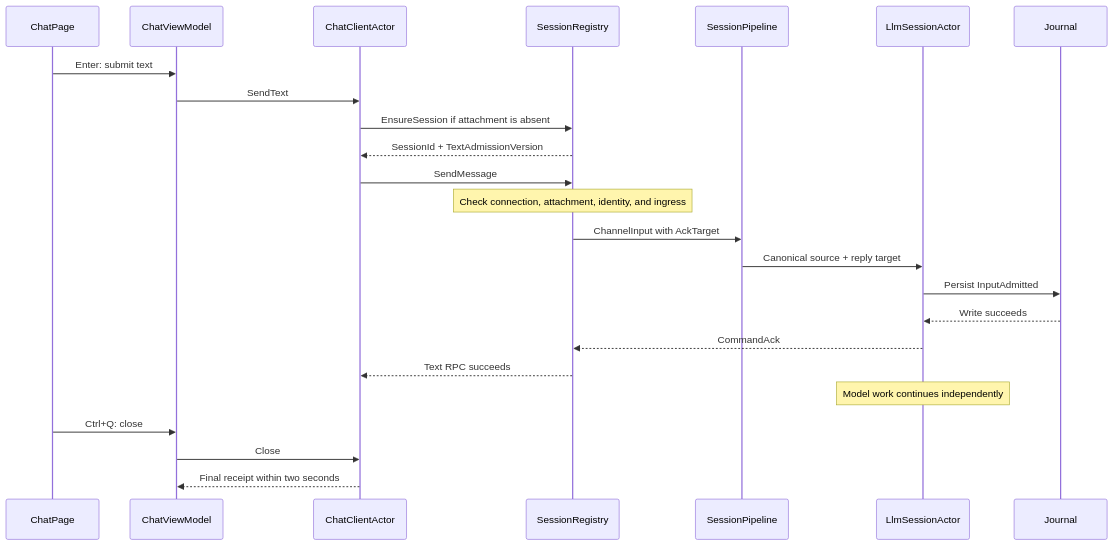
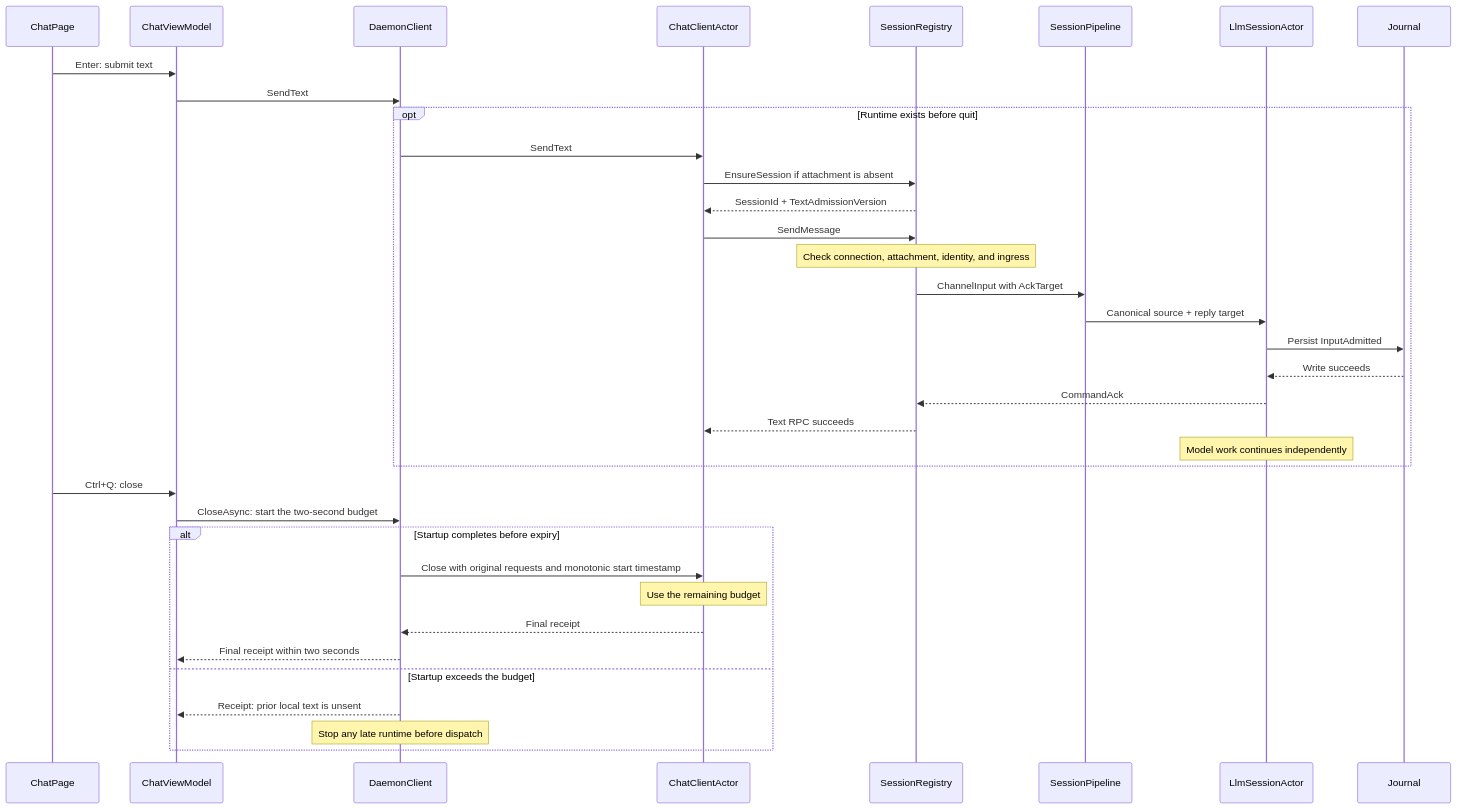
One commit to netclaw-dev/netclaw changed the diagram in docs/architecture/chat-client.md. Above: the diagram before and after it, drawn with Mermaid. The commit also changed other lines of this file and 13 other files, not shown here.

Commit message:
Start the chat client runtime outside the lifetime lock

````diff
--- a/docs/architecture/chat-client.md
+++ b/docs/architecture/chat-client.md
@@ -30,26 +38,38 @@
 ```mermaid
 sequenceDiagram
     participant UI as ChatPage
     participant V as ChatViewModel
+    participant F as DaemonClient
     participant C as ChatClientActor
     participant R as SessionRegistry
     participant P as SessionPipeline
     participant S as LlmSessionActor
     participant J as Journal
     UI->>V: Enter: submit text
-    V->>C: SendText
+    V->>F: SendText
+    opt Runtime exists before quit
+    F->>C: SendText
     C->>R: EnsureSession if attachment is absent
     R-->>C: SessionId + TextAdmissionVersion
     C->>R: SendMessage
     Note over R: Check connection, attachment, identity, and ingress
     R->>P: ChannelInput with AckTarget
     P->>S: Canonical source + reply target
     S->>J: Persist InputAdmitted
     J-->>S: Write succeeds
     S-->>R: CommandAck
     R-->>C: Text RPC succeeds
     Note over S: Model work continues independently
+    end
     UI->>V: Ctrl+Q: close
-    V->>C: Close
-    C-->>V: Final receipt within two seconds
+    V->>F: CloseAsync: start the two-second budget
+    alt Startup completes before expiry
+        F->>C: Close with original requests and monotonic start timestamp
+        Note over C: Use the remaining budget
+        C-->>F: Final receipt
+        F-->>V: Final receipt within two seconds
+    else Startup exceeds the budget
+        F-->>V: Receipt: prior local text is unsent
+        Note over F: Stop any late runtime before dispatch
+    end
 ```
````
